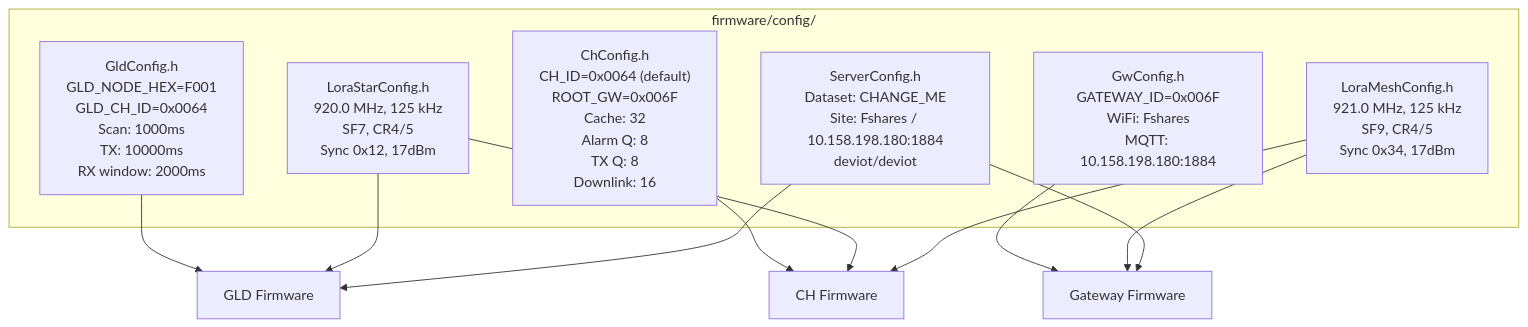
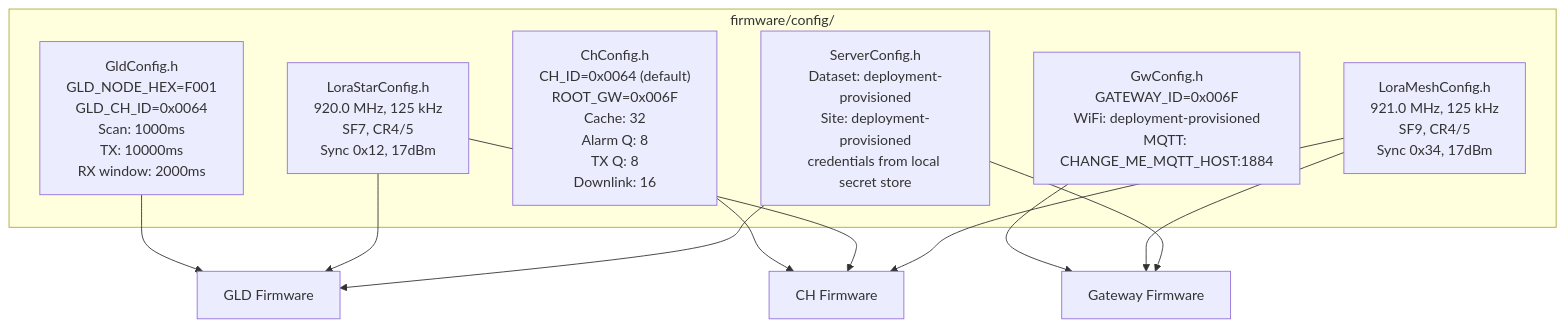
One commit to fadlurrahmanf/PertaminaGLD changed diagram 22 of 24 in archive/docs/visual-end-to-end/root/Pertamina_GLD_Visual_End_to_End.md. Above: the diagram before and after it, drawn with Mermaid. The commit also changed other lines of this file and 650 other files, not shown here.

````diff
--- a/archive/docs/visual-end-to-end/root/Pertamina_GLD_Visual_End_to_End.md
+++ b/archive/docs/visual-end-to-end/root/Pertamina_GLD_Visual_End_to_End.md
@@ -1500,21 +1500,21 @@
 ```mermaid
 graph TB
     subgraph SHARED_CONFIG["firmware/config/"]
         GLD_CFG["GldConfig.h\nGLD_NODE_HEX=F001\nGLD_CH_ID=0x0064\nScan: 1000ms\nTX: 10000ms\nRX window: 2000ms"]
         CH_CFG["ChConfig.h\nCH_ID=0x0064 (default)\nROOT_GW=0x006F\nCache: 32\nAlarm Q: 8\nTX Q: 8\nDownlink: 16"]
-        GW_CFG["GwConfig.h\nGATEWAY_ID=0x006F\nWiFi: Fshares\nMQTT: 10.158.198.180:1884"]
+        GW_CFG["GwConfig.h\nGATEWAY_ID=0x006F\nWiFi: deployment-provisioned\nMQTT: CHANGE_ME_MQTT_HOST:1884"]
         STAR_CFG["LoraStarConfig.h\n920.0 MHz, 125 kHz\nSF7, CR4/5\nSync 0x12, 17dBm"]
         MESH_CFG["LoraMeshConfig.h\n921.0 MHz, 125 kHz\nSF9, CR4/5\nSync 0x34, 17dBm"]
-        SRV_CFG["ServerConfig.h\nDataset: CHANGE_ME\nSite: Fshares / 10.158.198.180:1884\ndeviot/deviot"]
+        SRV_CFG["ServerConfig.h\nDataset: deployment-provisioned\nSite: deployment-provisioned\ncredentials from local secret store"]
     end
 
     GLD_CFG --> GLD_NODE["GLD Firmware"]
     CH_CFG --> CH_NODE["CH Firmware"]
     GW_CFG --> GW_NODE["Gateway Firmware"]
     STAR_CFG --> GLD_NODE
     STAR_CFG --> CH_NODE
     MESH_CFG --> CH_NODE
     MESH_CFG --> GW_NODE
     SRV_CFG --> GLD_NODE
     SRV_CFG --> GW_NODE
 ```
````
